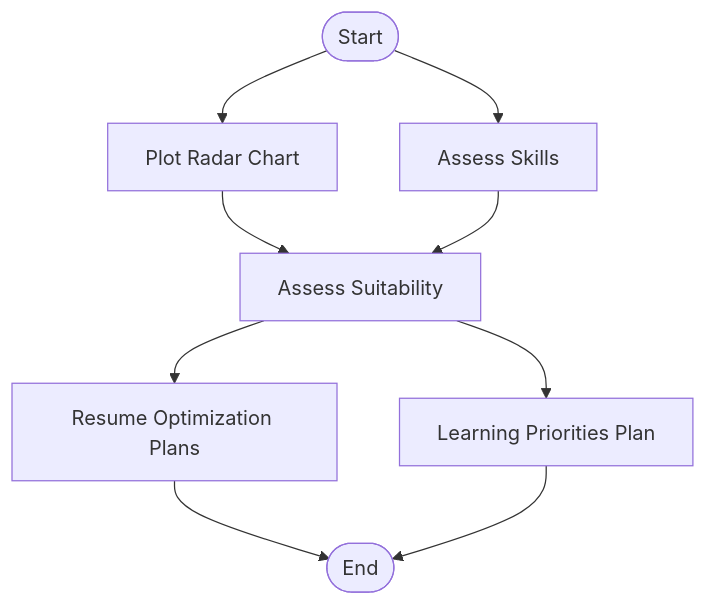
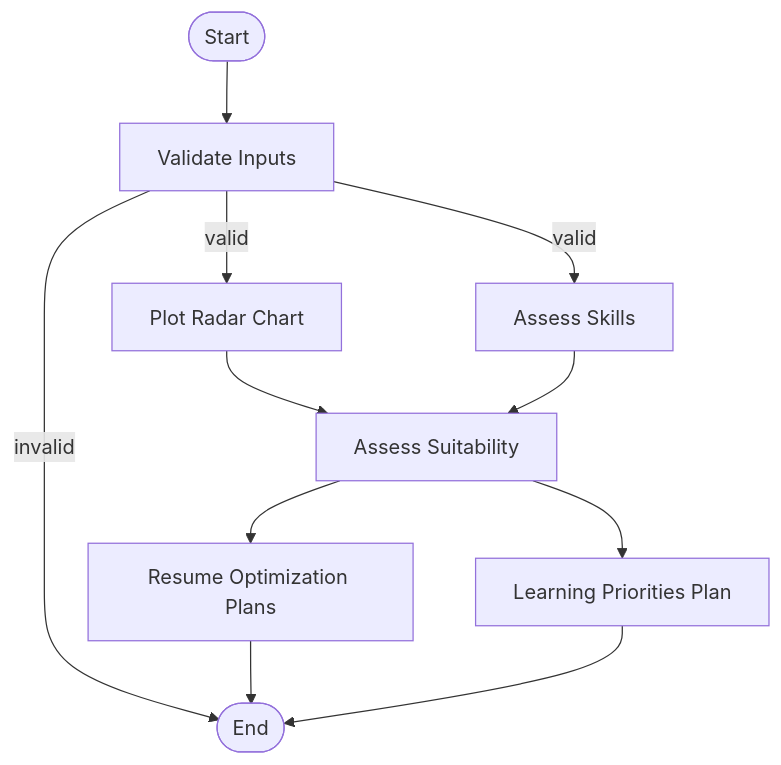
One commit to wahidrahim/role-report-ai changed the first of 2 diagrams in docs/README.md. Above: the diagram before and after it, drawn with Mermaid. The commit also changed other lines of this file, not shown here.

Commit message:
docs: update mermaid chart with conditional validation edge
Update the Analyze Workflow diagram to show the conditional edge
after validateInputs that routes to END on invalid inputs or fans
out to parallel assessment nodes on valid inputs. Also update the
description to mention the validation step.

````diff
--- a/docs/README.md
+++ b/docs/README.md
@@ -28,11 +28,13 @@
 ```mermaid
 graph TD
-    Start([Start]) --> plotRadarChart[Plot Radar Chart]
-    Start --> assessSkills[Assess Skills]
+    Start([Start]) --> validateInputs[Validate Inputs]
+    validateInputs -->|valid| plotRadarChart[Plot Radar Chart]
+    validateInputs -->|valid| assessSkills[Assess Skills]
+    validateInputs -->|invalid| End([End])
     plotRadarChart --> assessSuitability[Assess Suitability]
     assessSkills --> assessSuitability
     assessSuitability --> resumeOptimizationPlans[Resume Optimization Plans]
     assessSuitability --> learningPrioritiesPlan[Learning Priorities Plan]
-    resumeOptimizationPlans --> End([End])
+    resumeOptimizationPlans --> End
     learningPrioritiesPlan --> End
 ```
````
